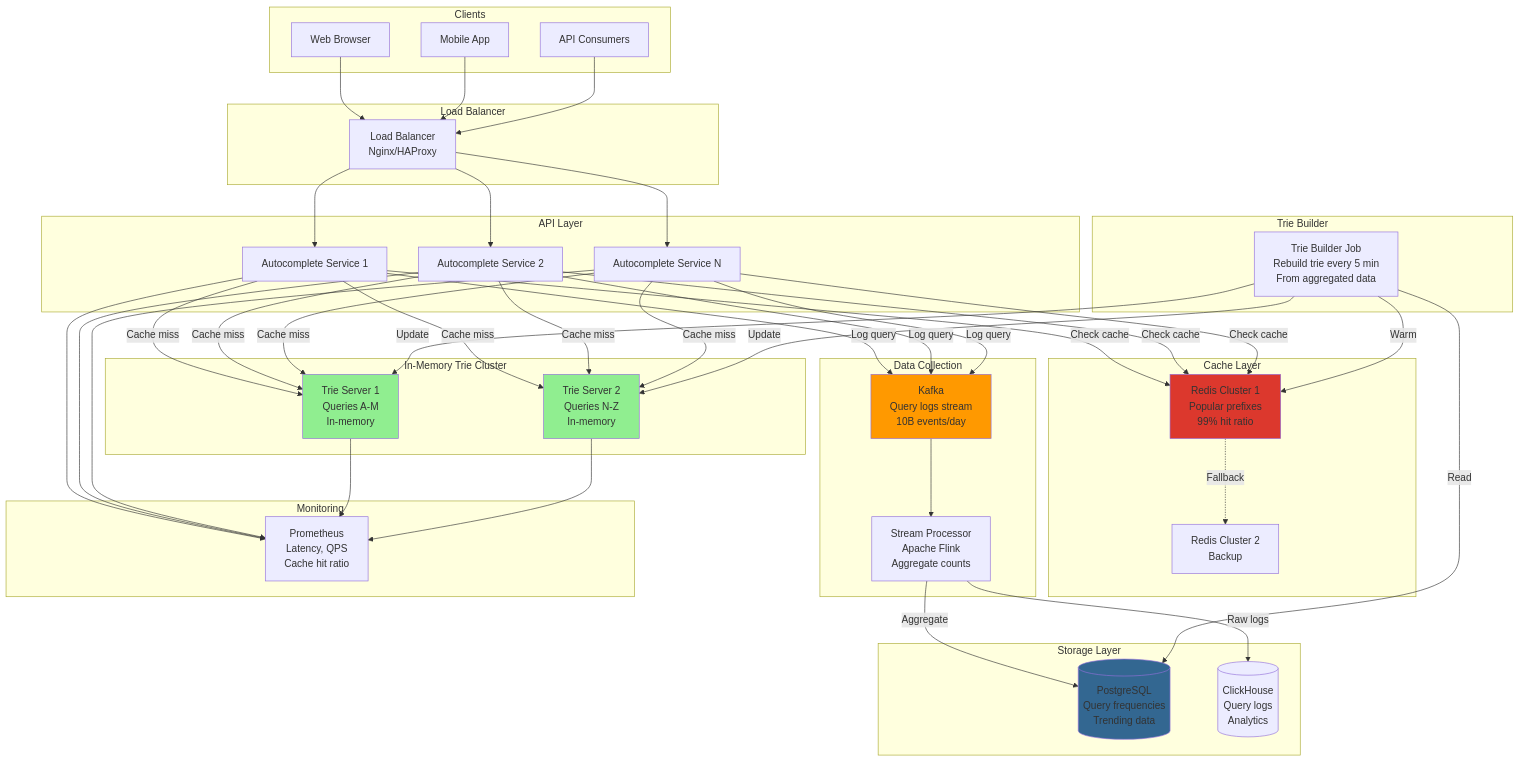
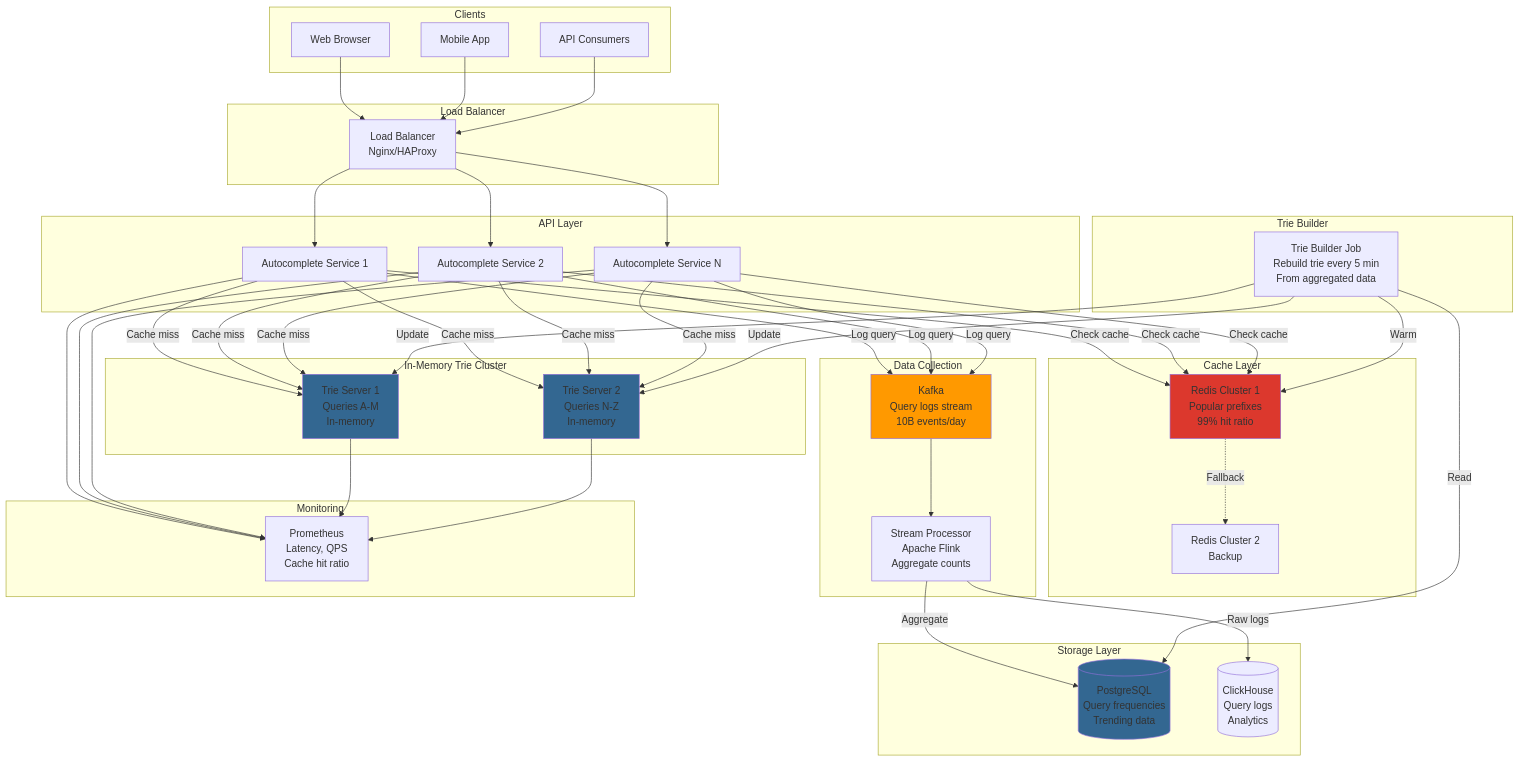
One commit to atulRanaa/problem-solving changed the diagram in Distributed Systems/System Design/Search Autocomplete System.md. Above: the diagram before and after it, drawn with Mermaid. The commit also changed 22 other files, not shown here.

````diff
--- a/Distributed Systems/System Design/Search Autocomplete System.md
+++ b/Distributed Systems/System Design/Search Autocomplete System.md
@@ -386,75 +386,75 @@
 ```mermaid
 graph TB
     subgraph "Clients"
         WEB[Web Browser]
         MOBILE[Mobile App]
         API[API Consumers]
     end
     
     subgraph "Load Balancer"
         LB[Load Balancer<br/>Nginx/HAProxy]
     end
     
     subgraph "API Layer"
         AC1[Autocomplete Service 1]
         AC2[Autocomplete Service 2]
         AC3[Autocomplete Service N]
     end
     
     subgraph "In-Memory Trie Cluster"
         TRIE1[Trie Server 1<br/>Queries A-M<br/>In-memory]
         TRIE2[Trie Server 2<br/>Queries N-Z<br/>In-memory]
     end
     
     subgraph "Cache Layer"
         REDIS1[Redis Cluster 1<br/>Popular prefixes<br/>99% hit ratio]
         REDIS2[Redis Cluster 2<br/>Backup]
     end
     
     subgraph "Data Collection"
         KAFKA[Kafka<br/>Query logs stream<br/>10B events/day]
         
         STREAM[Stream Processor<br/>Apache Flink<br/>Aggregate counts]
     end
     
     subgraph "Storage Layer"
         PG[(PostgreSQL<br/>Query frequencies<br/>Trending data)]
         
         CLICKHOUSE[(ClickHouse<br/>Query logs<br/>Analytics)]
     end
     
     subgraph "Trie Builder"
         BUILDER[Trie Builder Job<br/>Rebuild trie every 5 min<br/>From aggregated data]
     end
     
     subgraph "Monitoring"
         METRICS[Prometheus<br/>Latency, QPS<br/>Cache hit ratio]
     end
     
     WEB & MOBILE & API --> LB
     LB --> AC1 & AC2 & AC3
     
     AC1 & AC2 & AC3 -->|Check cache| REDIS1
     REDIS1 -.->|Fallback| REDIS2
     
     AC1 & AC2 & AC3 -->|Cache miss| TRIE1 & TRIE2
     
     AC1 & AC2 & AC3 -->|Log query| KAFKA
     
     KAFKA --> STREAM
     STREAM -->|Aggregate| PG
     STREAM -->|Raw logs| CLICKHOUSE
     
     BUILDER -->|Read| PG
     BUILDER -->|Update| TRIE1 & TRIE2
     BUILDER -->|Warm| REDIS1
     
     AC1 & AC2 & AC3 --> METRICS
     TRIE1 & TRIE2 --> METRICS
     
-    style TRIE1 fill:#90EE90
-    style TRIE2 fill:#90EE90
+    style TRIE1 fill:#336791
+    style TRIE2 fill:#336791
     style REDIS1 fill:#dc382d
     style KAFKA fill:#ff9900
     style PG fill:#336791
 ```
````
